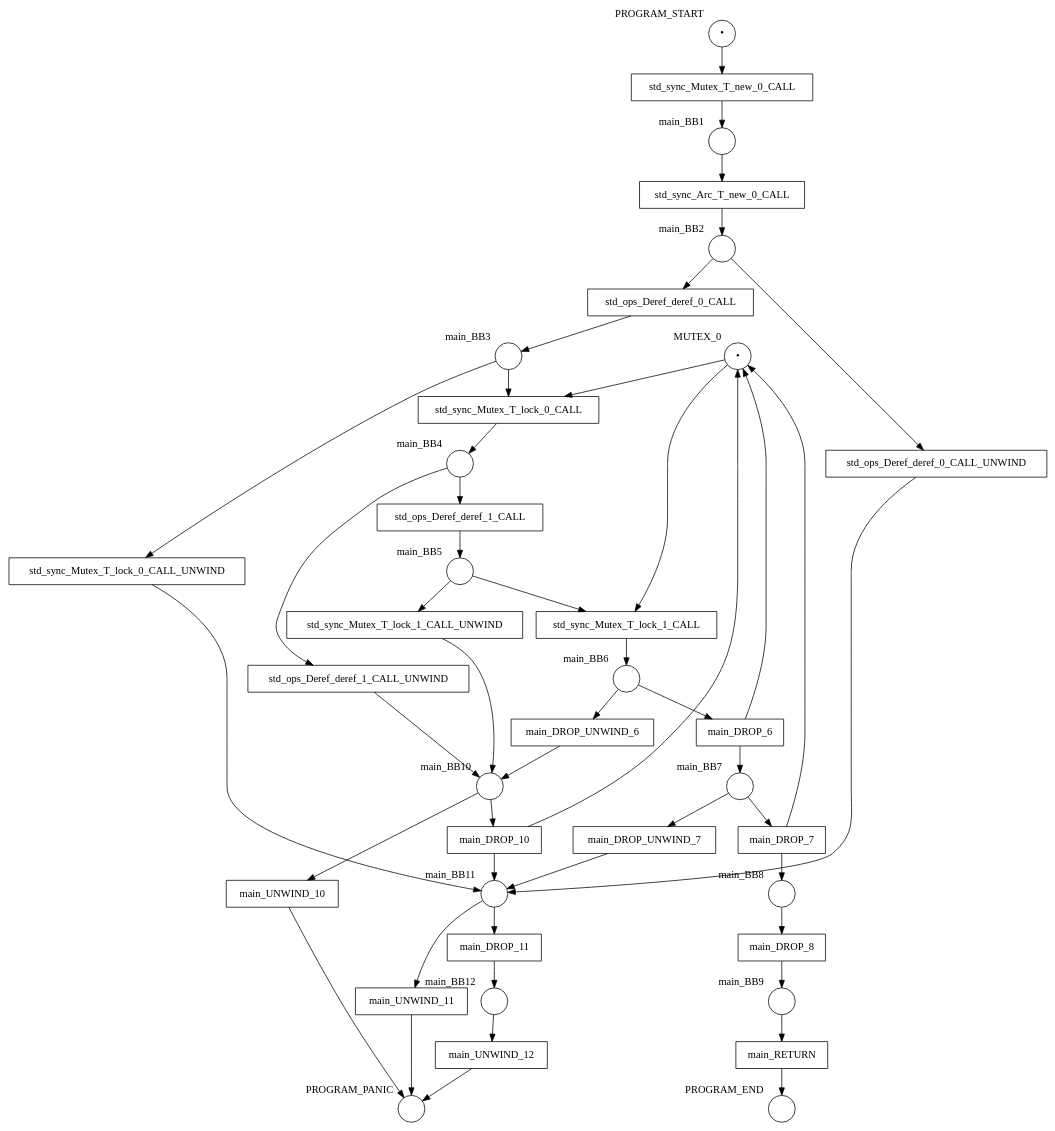
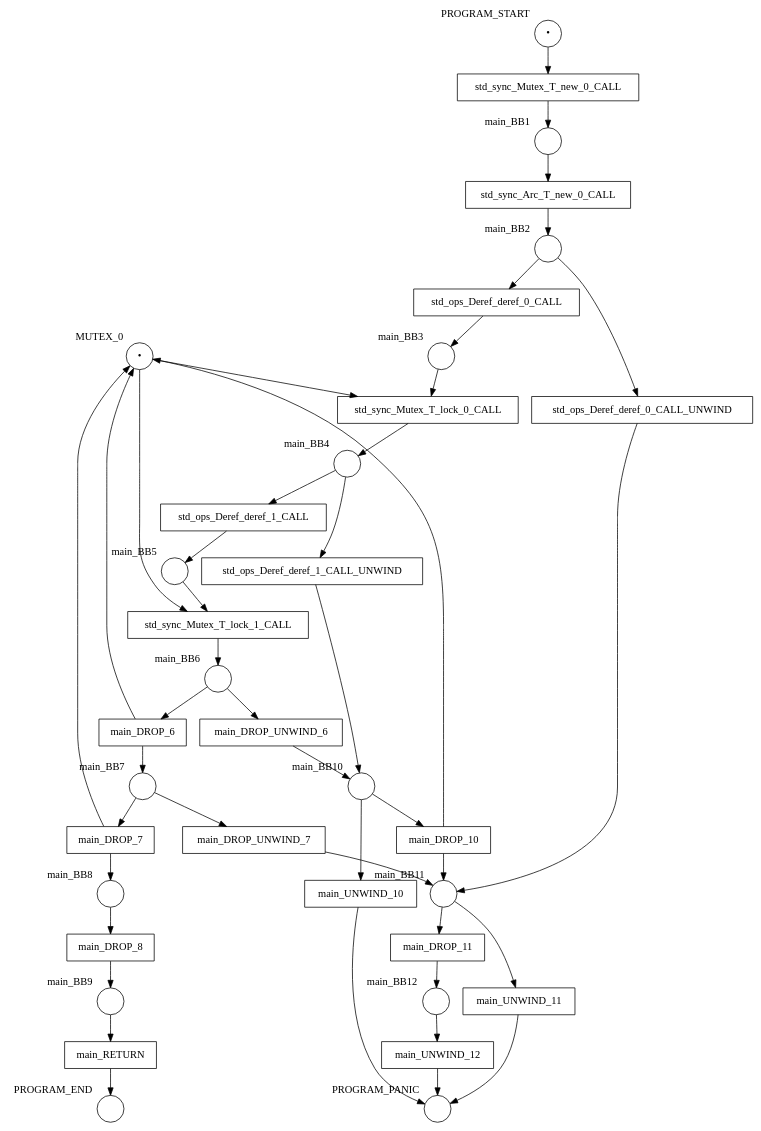
Before and after one commit to hlisdero/cargo-check-deadlock: the diagram in examples/results/mutex/double_lock_deadlock_with_arc/net.dot, drawn with Graphviz. The commit also changed 21 other files, not shown here.

First line of the commit message:
Architectural change: Do not model the unwind target of the mutex lock function.

```diff
--- a/examples/results/mutex/double_lock_deadlock_with_arc/net.dot
+++ b/examples/results/mutex/double_lock_deadlock_with_arc/net.dot
@@ -1,86 +1,80 @@
 digraph petrinet {
     MUTEX_0 [shape="circle" xlabel="MUTEX_0" label="•"];
     PROGRAM_END [shape="circle" xlabel="PROGRAM_END" label=""];
     PROGRAM_PANIC [shape="circle" xlabel="PROGRAM_PANIC" label=""];
     PROGRAM_START [shape="circle" xlabel="PROGRAM_START" label="•"];
     main_BB1 [shape="circle" xlabel="main_BB1" label=""];
     main_BB10 [shape="circle" xlabel="main_BB10" label=""];
     main_BB11 [shape="circle" xlabel="main_BB11" label=""];
     main_BB12 [shape="circle" xlabel="main_BB12" label=""];
     main_BB2 [shape="circle" xlabel="main_BB2" label=""];
     main_BB3 [shape="circle" xlabel="main_BB3" label=""];
     main_BB4 [shape="circle" xlabel="main_BB4" label=""];
     main_BB5 [shape="circle" xlabel="main_BB5" label=""];
     main_BB6 [shape="circle" xlabel="main_BB6" label=""];
     main_BB7 [shape="circle" xlabel="main_BB7" label=""];
     main_BB8 [shape="circle" xlabel="main_BB8" label=""];
     main_BB9 [shape="circle" xlabel="main_BB9" label=""];
     main_DROP_10 [shape="box" xlabel="" label="main_DROP_10"];
     main_DROP_11 [shape="box" xlabel="" label="main_DROP_11"];
     main_DROP_6 [shape="box" xlabel="" label="main_DROP_6"];
     main_DROP_7 [shape="box" xlabel="" label="main_DROP_7"];
     main_DROP_8 [shape="box" xlabel="" label="main_DROP_8"];
     main_DROP_UNWIND_6 [shape="box" xlabel="" label="main_DROP_UNWIND_6"];
     main_DROP_UNWIND_7 [shape="box" xlabel="" label="main_DROP_UNWIND_7"];
     main_RETURN [shape="box" xlabel="" label="main_RETURN"];
     main_UNWIND_10 [shape="box" xlabel="" label="main_UNWIND_10"];
     main_UNWIND_11 [shape="box" xlabel="" label="main_UNWIND_11"];
     main_UNWIND_12 [shape="box" xlabel="" label="main_UNWIND_12"];
     std_ops_Deref_deref_0_CALL [shape="box" xlabel="" label="std_ops_Deref_deref_0_CALL"];
     std_ops_Deref_deref_0_CALL_UNWIND [shape="box" xlabel="" label="std_ops_Deref_deref_0_CALL_UNWIND"];
     std_ops_Deref_deref_1_CALL [shape="box" xlabel="" label="std_ops_Deref_deref_1_CALL"];
     std_ops_Deref_deref_1_CALL_UNWIND [shape="box" xlabel="" label="std_ops_Deref_deref_1_CALL_UNWIND"];
     std_sync_Arc_T_new_0_CALL [shape="box" xlabel="" label="std_sync_Arc_T_new_0_CALL"];
     std_sync_Mutex_T_lock_0_CALL [shape="box" xlabel="" label="std_sync_Mutex_T_lock_0_CALL"];
-    std_sync_Mutex_T_lock_0_CALL_UNWIND [shape="box" xlabel="" label="std_sync_Mutex_T_lock_0_CALL_UNWIND"];
     std_sync_Mutex_T_lock_1_CALL [shape="box" xlabel="" label="std_sync_Mutex_T_lock_1_CALL"];
-    std_sync_Mutex_T_lock_1_CALL_UNWIND [shape="box" xlabel="" label="std_sync_Mutex_T_lock_1_CALL_UNWIND"];
     std_sync_Mutex_T_new_0_CALL [shape="box" xlabel="" label="std_sync_Mutex_T_new_0_CALL"];
     MUTEX_0 -> std_sync_Mutex_T_lock_0_CALL;
     MUTEX_0 -> std_sync_Mutex_T_lock_1_CALL;
     PROGRAM_START -> std_sync_Mutex_T_new_0_CALL;
     main_BB1 -> std_sync_Arc_T_new_0_CALL;
     main_BB10 -> main_DROP_10;
     main_BB10 -> main_UNWIND_10;
     main_BB11 -> main_DROP_11;
     main_BB11 -> main_UNWIND_11;
     main_BB12 -> main_UNWIND_12;
     main_BB2 -> std_ops_Deref_deref_0_CALL;
     main_BB2 -> std_ops_Deref_deref_0_CALL_UNWIND;
     main_BB3 -> std_sync_Mutex_T_lock_0_CALL;
-    main_BB3 -> std_sync_Mutex_T_lock_0_CALL_UNWIND;
     main_BB4 -> std_ops_Deref_deref_1_CALL;
     main_BB4 -> std_ops_Deref_deref_1_CALL_UNWIND;
     main_BB5 -> std_sync_Mutex_T_lock_1_CALL;
-    main_BB5 -> std_sync_Mutex_T_lock_1_CALL_UNWIND;
     main_BB6 -> main_DROP_6;
     main_BB6 -> main_DROP_UNWIND_6;
     main_BB7 -> main_DROP_7;
     main_BB7 -> main_DROP_UNWIND_7;
     main_BB8 -> main_DROP_8;
     main_BB9 -> main_RETURN;
     main_DROP_10 -> MUTEX_0;
     main_DROP_10 -> main_BB11;
     main_DROP_11 -> main_BB12;
     main_DROP_6 -> MUTEX_0;
     main_DROP_6 -> main_BB7;
     main_DROP_7 -> MUTEX_0;
     main_DROP_7 -> main_BB8;
     main_DROP_8 -> main_BB9;
     main_DROP_UNWIND_6 -> main_BB10;
     main_DROP_UNWIND_7 -> main_BB11;
     main_RETURN -> PROGRAM_END;
     main_UNWIND_10 -> PROGRAM_PANIC;
     main_UNWIND_11 -> PROGRAM_PANIC;
     main_UNWIND_12 -> PROGRAM_PANIC;
     std_ops_Deref_deref_0_CALL -> main_BB3;
     std_ops_Deref_deref_0_CALL_UNWIND -> main_BB11;
     std_ops_Deref_deref_1_CALL -> main_BB5;
     std_ops_Deref_deref_1_CALL_UNWIND -> main_BB10;
     std_sync_Arc_T_new_0_CALL -> main_BB2;
     std_sync_Mutex_T_lock_0_CALL -> main_BB4;
-    std_sync_Mutex_T_lock_0_CALL_UNWIND -> main_BB11;
     std_sync_Mutex_T_lock_1_CALL -> main_BB6;
-    std_sync_Mutex_T_lock_1_CALL_UNWIND -> main_BB10;
     std_sync_Mutex_T_new_0_CALL -> main_BB1;
 }
```
